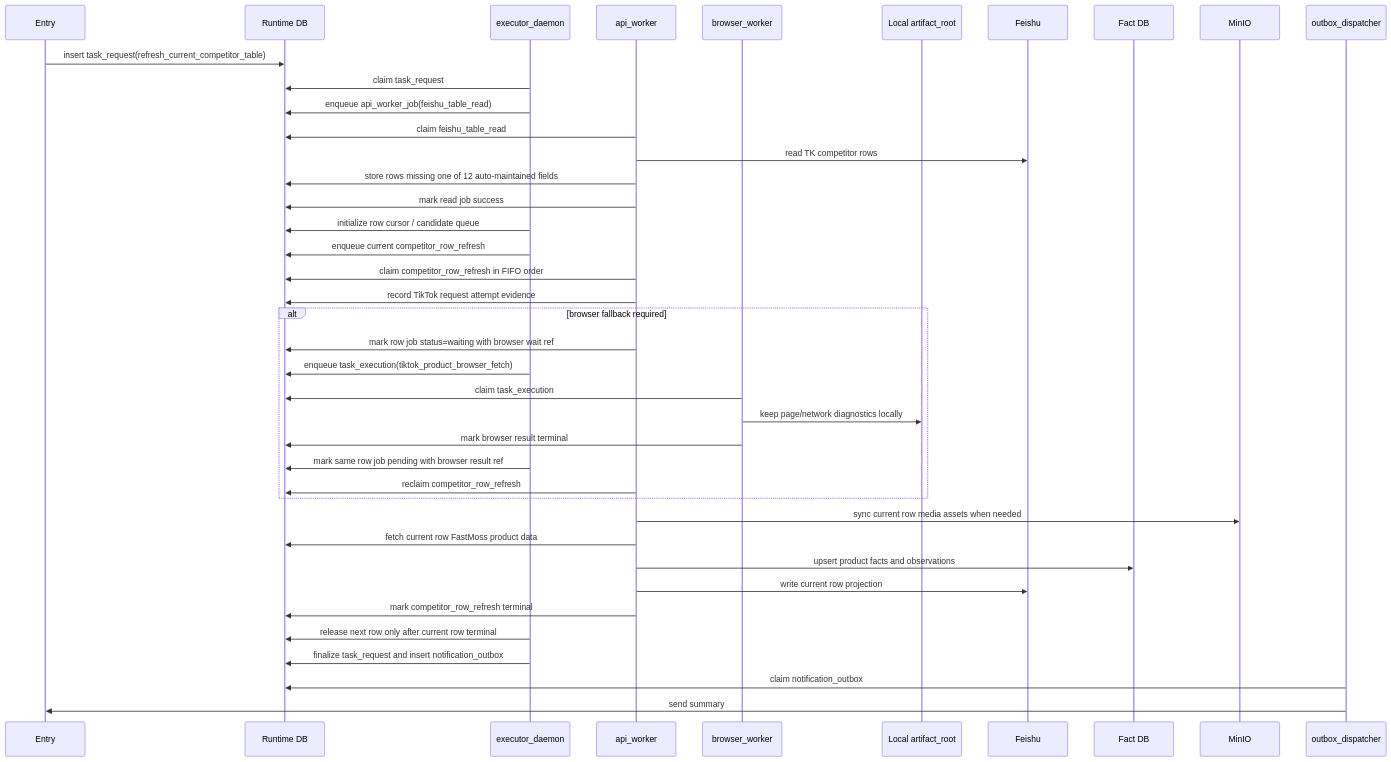
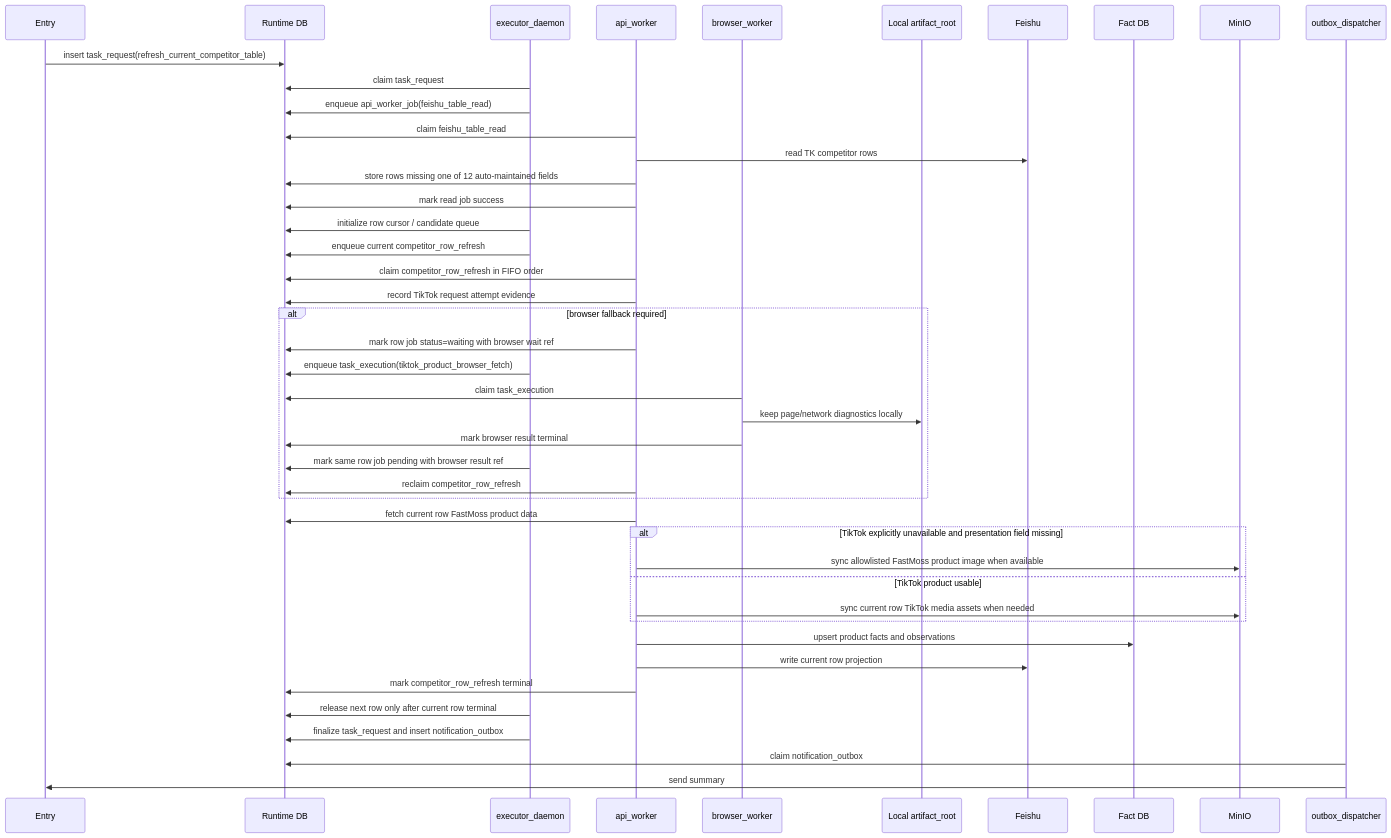
The second of 5 diagrams in docs/arch/workflow-competitor-table-design.md (knighterrantsky/mujitask), drawn with Mermaid before and after one commit. The commit also changed other lines of this file and 13 other files, not shown here.

````diff
--- a/docs/arch/workflow-competitor-table-design.md
+++ b/docs/arch/workflow-competitor-table-design.md
@@ -158,43 +164,47 @@
 ```mermaid
 sequenceDiagram
     participant Entry as Entry
     participant DB as Runtime DB
     participant Exec as executor_daemon
     participant API as api_worker
     participant Browser as browser_worker
     participant Local as Local artifact_root
     participant Feishu as Feishu
     participant Fact as Fact DB
     participant Obj as MinIO
     participant Outbox as outbox_dispatcher
 
     Entry->>DB: insert task_request(refresh_current_competitor_table)
     Exec->>DB: claim task_request
     Exec->>DB: enqueue api_worker_job(feishu_table_read)
     API->>DB: claim feishu_table_read
     API->>Feishu: read TK competitor rows
     API->>DB: store rows missing one of 12 auto-maintained fields
     API->>DB: mark read job success
     Exec->>DB: initialize row cursor / candidate queue
     Exec->>DB: enqueue current competitor_row_refresh
     API->>DB: claim competitor_row_refresh in FIFO order
     API->>DB: record TikTok request attempt evidence
     alt browser fallback required
         API->>DB: mark row job status=waiting with browser wait ref
         Exec->>DB: enqueue task_execution(tiktok_product_browser_fetch)
         Browser->>DB: claim task_execution
         Browser->>Local: keep page/network diagnostics locally
         Browser->>DB: mark browser result terminal
         Exec->>DB: mark same row job pending with browser result ref
         API->>DB: reclaim competitor_row_refresh
     end
-    API->>Obj: sync current row media assets when needed
     API->>DB: fetch current row FastMoss product data
+    alt TikTok explicitly unavailable and presentation field missing
+        API->>Obj: sync allowlisted FastMoss product image when available
+    else TikTok product usable
+        API->>Obj: sync current row TikTok media assets when needed
+    end
     API->>Fact: upsert product facts and observations
     API->>Feishu: write current row projection
     API->>DB: mark competitor_row_refresh terminal
     Exec->>DB: release next row only after current row terminal
     Exec->>DB: finalize task_request and insert notification_outbox
     Outbox->>DB: claim notification_outbox
     Outbox->>Entry: send summary
 ```
````
